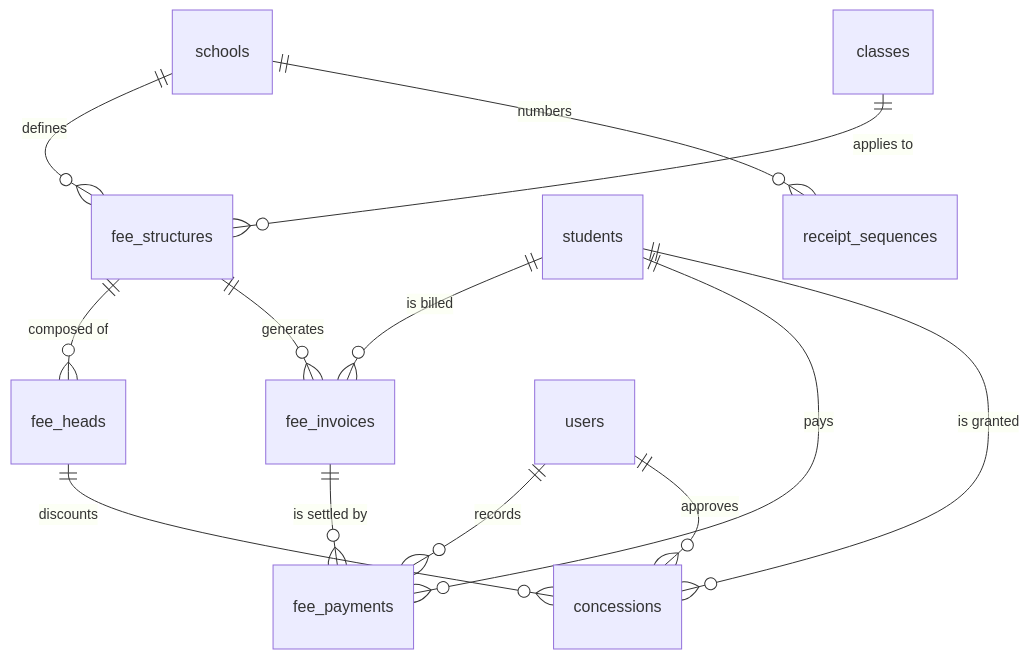
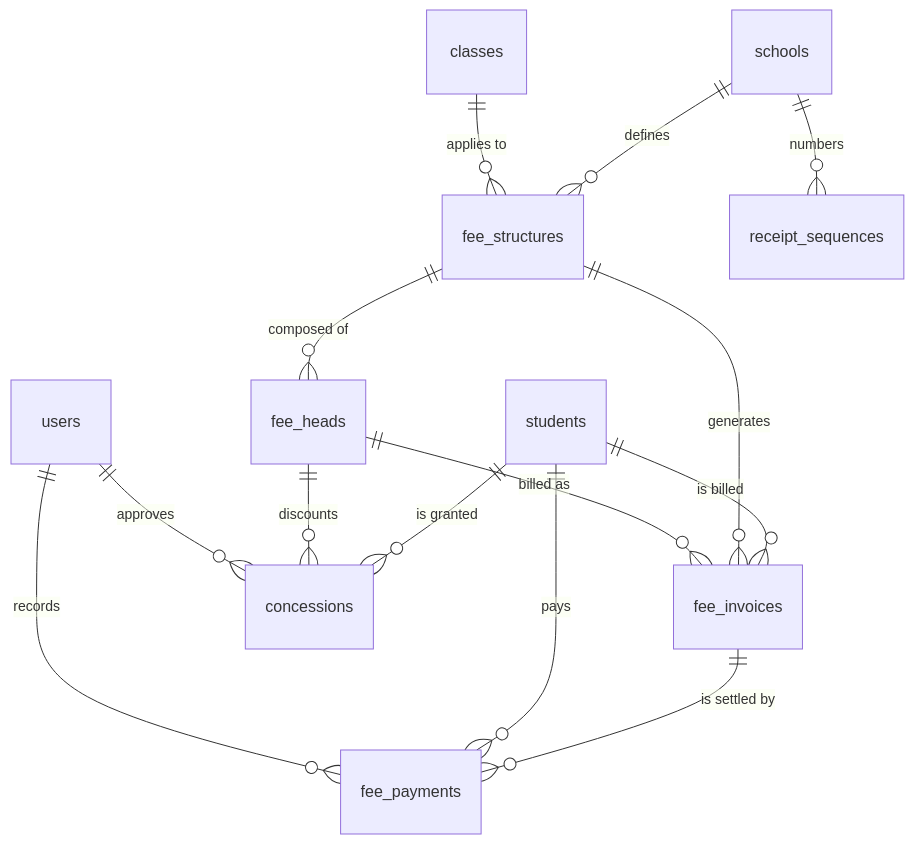
One commit to rahmat058/school-flow-ai changed diagram 23 of 45 in docs/backend/Database.md. Above: the diagram before and after it, drawn with Mermaid. The commit also changed other lines of this file and 35 other files, not shown here.

````diff
--- a/docs/backend/Database.md
+++ b/docs/backend/Database.md
@@ -915,15 +916,16 @@
 ```mermaid
 erDiagram
   schools ||--o{ fee_structures : "defines"
   classes ||--o{ fee_structures : "applies to"
   fee_structures ||--o{ fee_heads : "composed of"
   students ||--o{ fee_invoices : "is billed"
   fee_structures ||--o{ fee_invoices : "generates"
+  fee_heads ||--o{ fee_invoices : "billed as"
   fee_invoices ||--o{ fee_payments : "is settled by"
   students ||--o{ fee_payments : "pays"
   users ||--o{ fee_payments : "records"
   students ||--o{ concessions : "is granted"
   fee_heads ||--o{ concessions : "discounts"
   users ||--o{ concessions : "approves"
   schools ||--o{ receipt_sequences : "numbers"
 ```
````
